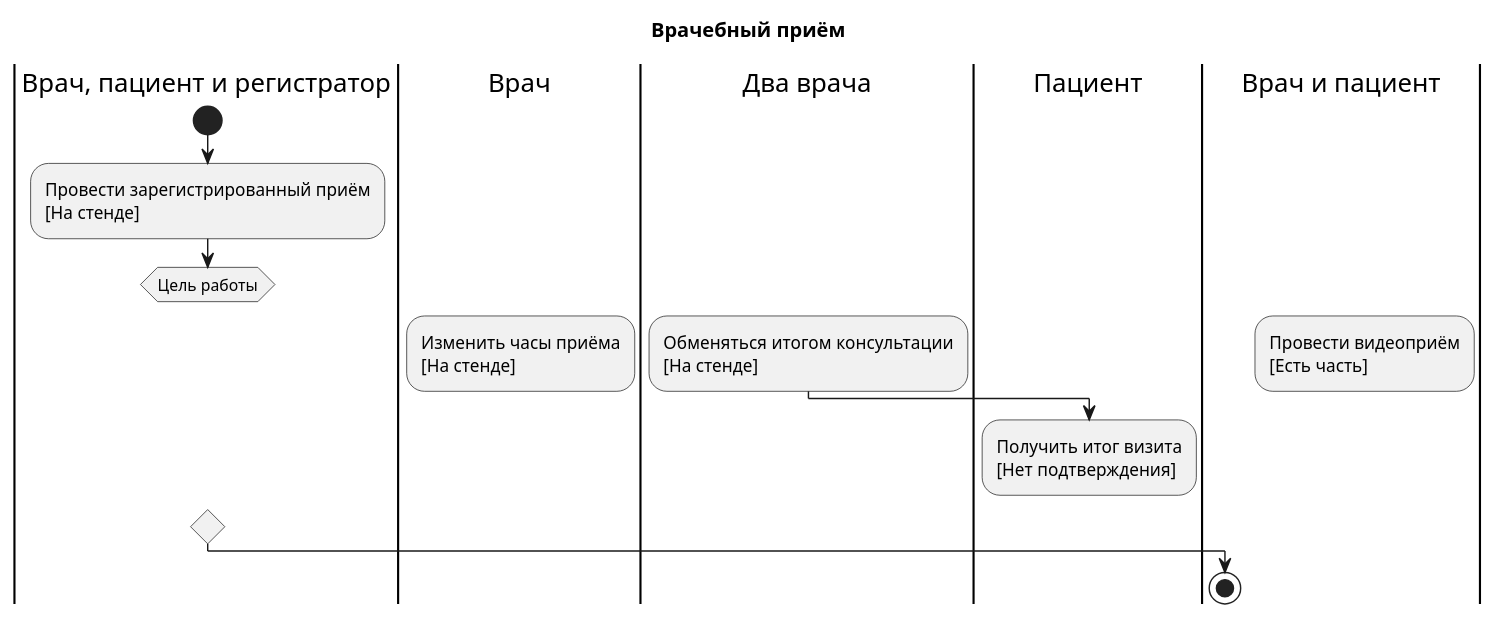
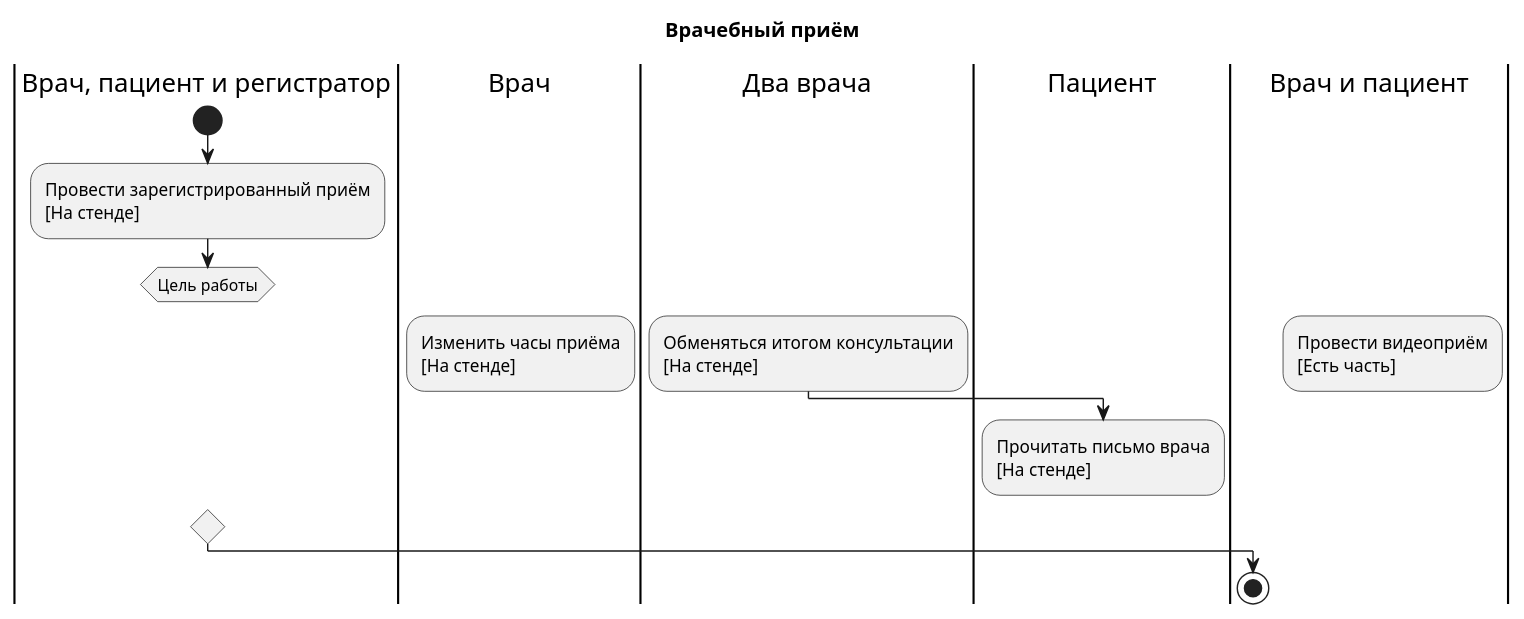
Before and after one commit to medbookdev/medbook-readiness: the third of 10 diagrams in medbook-full.puml, drawn with PlantUML. The commit also changed 13 other files, not shown here.

```diff
--- a/medbook-full.puml
+++ b/medbook-full.puml
@@ -58,22 +58,22 @@
 @startuml medbook-visit
 skinparam shadowing false
 title Врачебный приём
 |Врач, пациент и регистратор|
 start
 |Врач, пациент и регистратор|
 :Провести зарегистрированный приём\n[На стенде];
 switch (Цель работы)
 case (Расписание)
 |Врач|
 :Изменить часы приёма\n[На стенде];
 case (Приём)
 |Два врача|
 :Обменяться итогом консультации\n[На стенде];
 |Пациент|
-:Получить итог визита\n[Нет подтверждения];
+:Прочитать письмо врача\n[На стенде];
 case (Видеоконсультация)
 |Врач и пациент|
 :Провести видеоприём\n[Есть часть];
 endswitch
 stop
 @enduml
```
